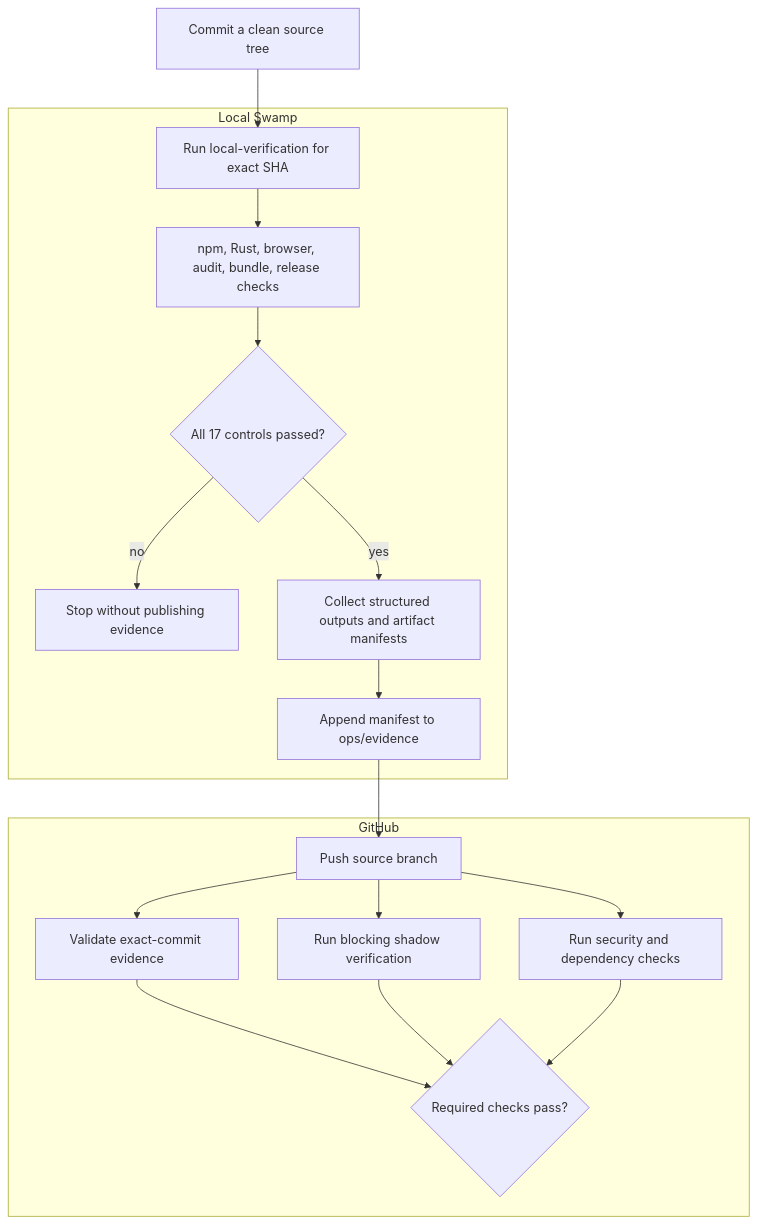
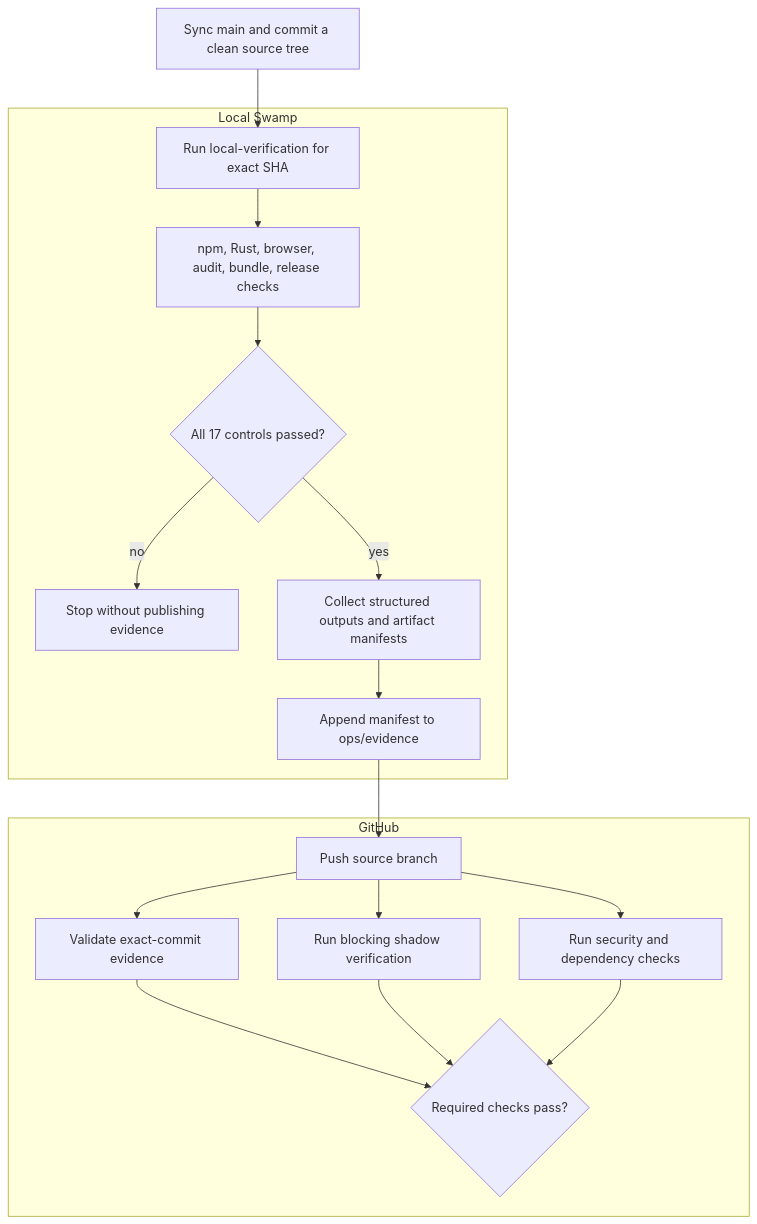
One commit to funsaized/herdr-mise changed the first of 2 diagrams in SWAMP.md. Above: the diagram before and after it, drawn with Mermaid. The commit also changed other lines of this file and 23 other files, not shown here.

Commit message:
feat: gate local verification on current main

````diff
--- a/SWAMP.md
+++ b/SWAMP.md
@@ -41,23 +41,23 @@
 ```mermaid
 flowchart TD
-    A["Commit a clean source tree"] --> B["Run local-verification for exact SHA"]
+    A["Sync main and commit a clean source tree"] --> B["Run local-verification for exact SHA"]
 
     subgraph SWAMP["Local Swamp"]
         B --> C["npm, Rust, browser, audit, bundle, release checks"]
         C --> D{"All 17 controls passed?"}
         D -->|no| X["Stop without publishing evidence"]
         D -->|yes| E["Collect structured outputs and artifact manifests"]
         E --> F["Append manifest to ops/evidence"]
     end
 
     F --> G["Push source branch"]
 
     subgraph GITHUB["GitHub"]
         G --> H["Validate exact-commit evidence"]
         G --> I["Run blocking shadow verification"]
         G --> J["Run security and dependency checks"]
         H --> K{"Required checks pass?"}
         I --> K
         J --> K
     end
 ```
````
